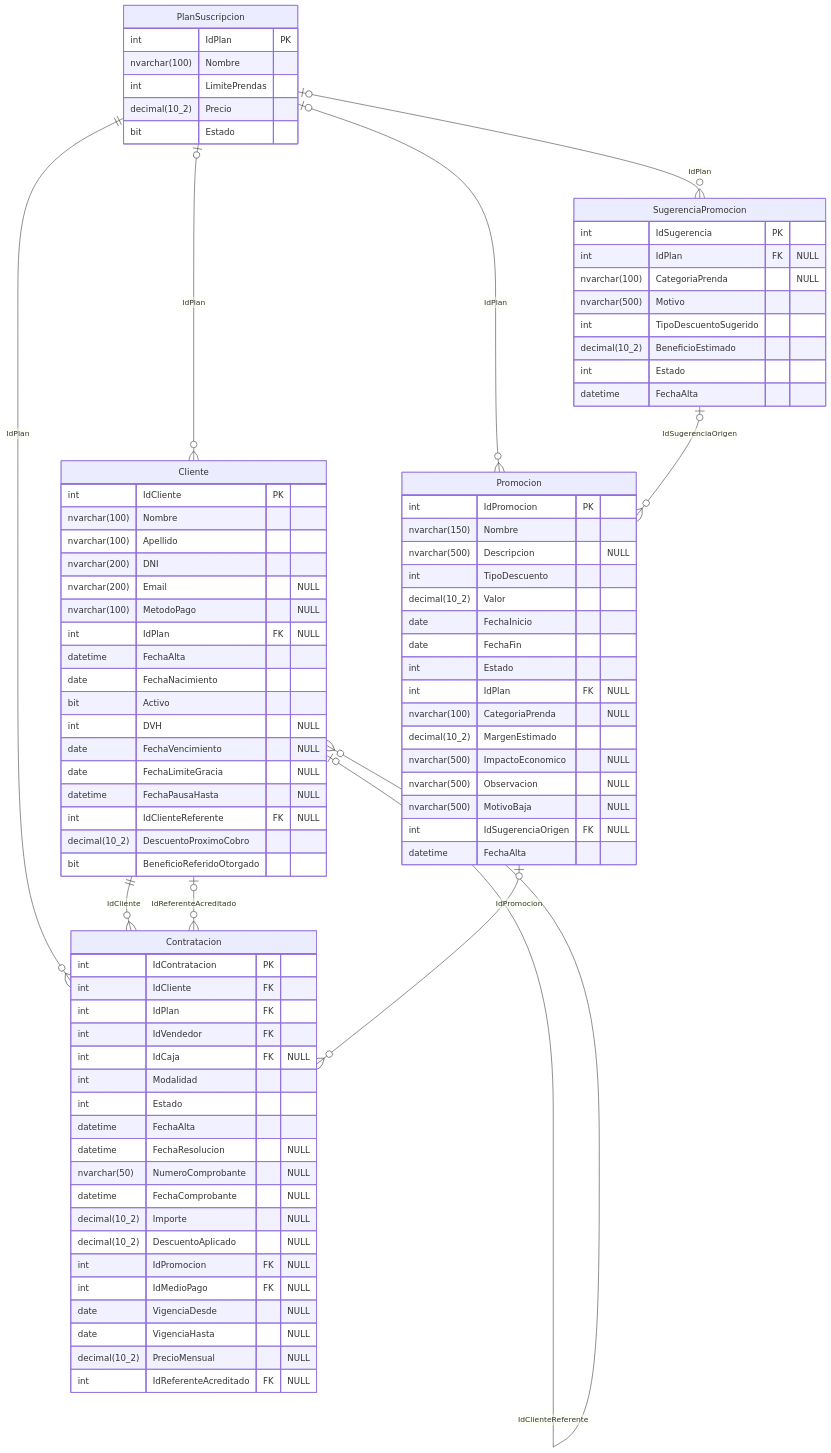
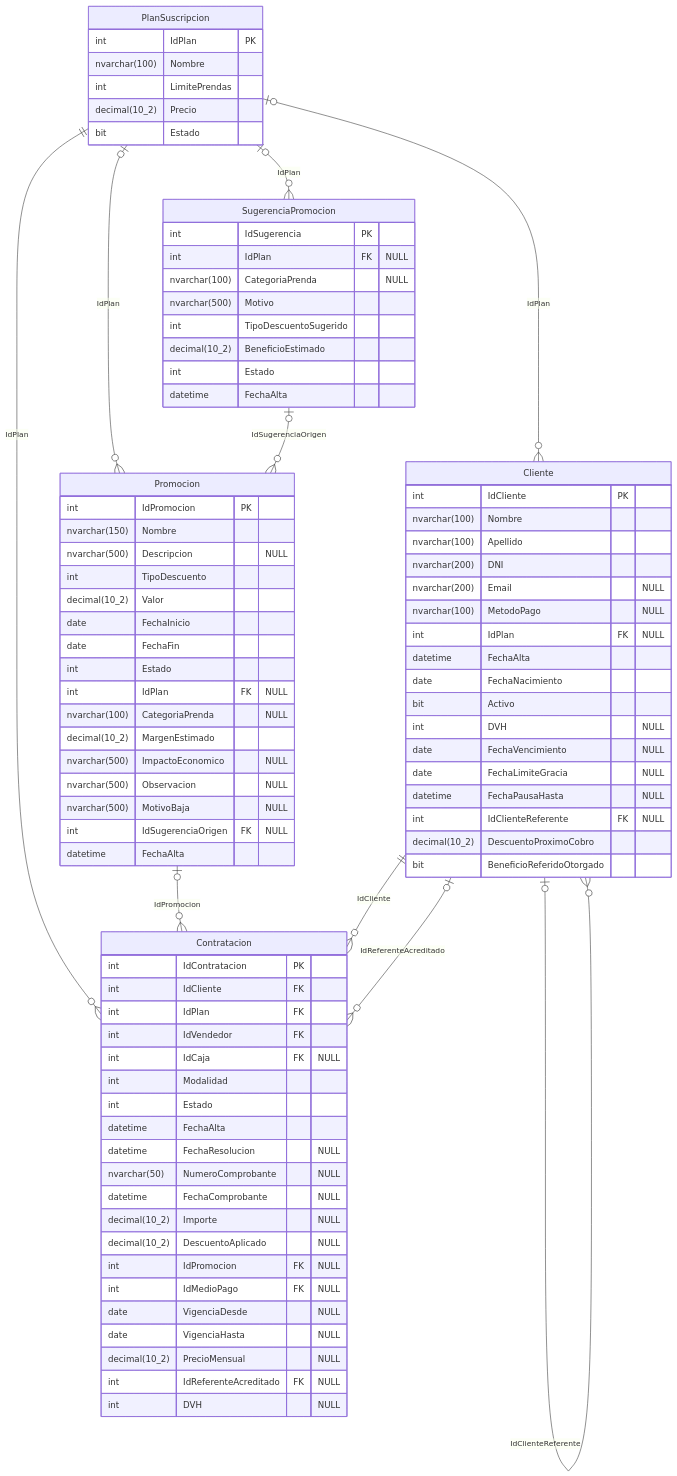
The diagram in docs/diagramas/mermaid/DER_pn03_promociones.mmd (valentinamorana/Trabajo-de-Diploma), drawn with Mermaid before and after one commit. The commit also changed 38 other files, not shown here.

```diff
--- a/docs/diagramas/mermaid/DER_pn03_promociones.mmd
+++ b/docs/diagramas/mermaid/DER_pn03_promociones.mmd
@@ -1,85 +1,86 @@
 erDiagram
   Cliente |o--o{ Cliente : "IdClienteReferente"
   PlanSuscripcion |o--o{ Cliente : "IdPlan"
   PlanSuscripcion ||--o{ Contratacion : "IdPlan"
+  Promocion |o--o{ Contratacion : "IdPromocion"
   Cliente ||--o{ Contratacion : "IdCliente"
   Cliente |o--o{ Contratacion : "IdReferenteAcreditado"
-  Promocion |o--o{ Contratacion : "IdPromocion"
   PlanSuscripcion |o--o{ Promocion : "IdPlan"
   SugerenciaPromocion |o--o{ Promocion : "IdSugerenciaOrigen"
   PlanSuscripcion |o--o{ SugerenciaPromocion : "IdPlan"
   PlanSuscripcion {
     int IdPlan PK
     nvarchar(100) Nombre
     int LimitePrendas
     decimal(10_2) Precio
     bit Estado
   }
   SugerenciaPromocion {
     int IdSugerencia PK
     int IdPlan FK "NULL"
     nvarchar(100) CategoriaPrenda "NULL"
     nvarchar(500) Motivo
     int TipoDescuentoSugerido
     decimal(10_2) BeneficioEstimado
     int Estado
     datetime FechaAlta
   }
   Promocion {
     int IdPromocion PK
     nvarchar(150) Nombre
     nvarchar(500) Descripcion "NULL"
     int TipoDescuento
     decimal(10_2) Valor
     date FechaInicio
     date FechaFin
     int Estado
     int IdPlan FK "NULL"
     nvarchar(100) CategoriaPrenda "NULL"
     decimal(10_2) MargenEstimado
     nvarchar(500) ImpactoEconomico "NULL"
     nvarchar(500) Observacion "NULL"
     nvarchar(500) MotivoBaja "NULL"
     int IdSugerenciaOrigen FK "NULL"
     datetime FechaAlta
   }
   Contratacion {
     int IdContratacion PK
     int IdCliente FK
     int IdPlan FK
     int IdVendedor FK
     int IdCaja FK "NULL"
     int Modalidad
     int Estado
     datetime FechaAlta
     datetime FechaResolucion "NULL"
     nvarchar(50) NumeroComprobante "NULL"
     datetime FechaComprobante "NULL"
     decimal(10_2) Importe "NULL"
     decimal(10_2) DescuentoAplicado "NULL"
     int IdPromocion FK "NULL"
     int IdMedioPago FK "NULL"
     date VigenciaDesde "NULL"
     date VigenciaHasta "NULL"
     decimal(10_2) PrecioMensual "NULL"
     int IdReferenteAcreditado FK "NULL"
+    int DVH "NULL"
   }
   Cliente {
     int IdCliente PK
     nvarchar(100) Nombre
     nvarchar(100) Apellido
     nvarchar(200) DNI
     nvarchar(200) Email "NULL"
     nvarchar(100) MetodoPago "NULL"
     int IdPlan FK "NULL"
     datetime FechaAlta
     date FechaNacimiento
     bit Activo
     int DVH "NULL"
     date FechaVencimiento "NULL"
     date FechaLimiteGracia "NULL"
     datetime FechaPausaHasta "NULL"
     int IdClienteReferente FK "NULL"
     decimal(10_2) DescuentoProximoCobro
     bit BeneficioReferidoOtorgado
   }
```
